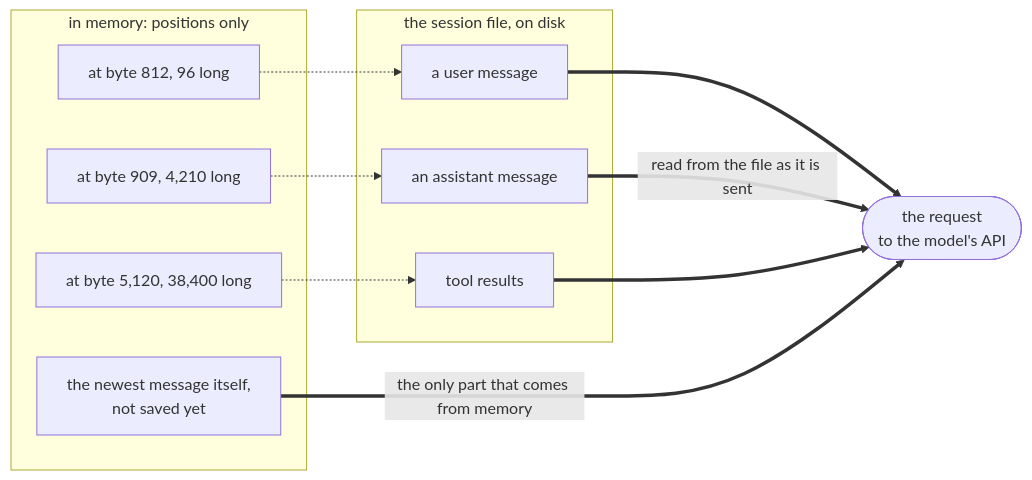
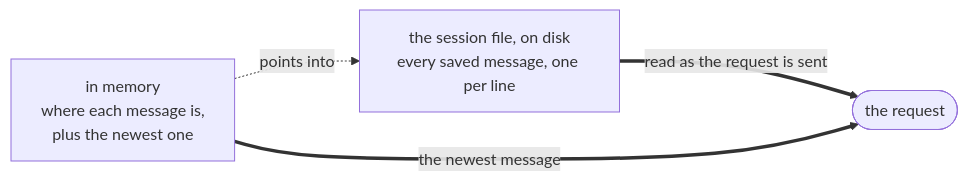
One commit to IWhitebird/claude-jr changed the third of 3 diagrams in docs/ARCHITECTURE.md. Above: the diagram before and after it, drawn with Mermaid. The commit also changed other lines of this file and 9 other files, not shown here.

First line of the commit message:
The site, checked: one top bar and footer on every page, a short architecture page

````diff
--- a/docs/ARCHITECTURE.md
+++ b/docs/ARCHITECTURE.md
@@ -54,21 +36,8 @@
 ```mermaid
 flowchart LR
-  subgraph d_memory["in memory: positions only"]
-    m1["at byte 812, 96 long"]
-    m2["at byte 909, 4,210 long"]
-    m3["at byte 5,120, 38,400 long"]
-    m4["the newest message itself,<br/>not saved yet"]
-  end
-  subgraph d_file["the session file, on disk"]
-    f1["a user message"]
-    f2["an assistant message"]
-    f3["tool results"]
-  end
-  m1 -.-> f1
-  m2 -.-> f2
-  m3 -.-> f3
-  f1 ==> d_api(["the request<br/>to the model's API"])
-  f2 == "read from the file as it is sent" ==> d_api
-  f3 ==> d_api
-  m4 == "the only part that comes from memory" ==> d_api
+  d_memory["in memory<br/>where each message is,<br/>plus the newest one"]
+  d_file["the session file, on disk<br/>every saved message, one per line"]
+  d_memory -. "points into" .-> d_file
+  d_file == "read as the request is sent" ==> d_api(["the request"])
+  d_memory == "the newest message" ==> d_api
 ```
````
